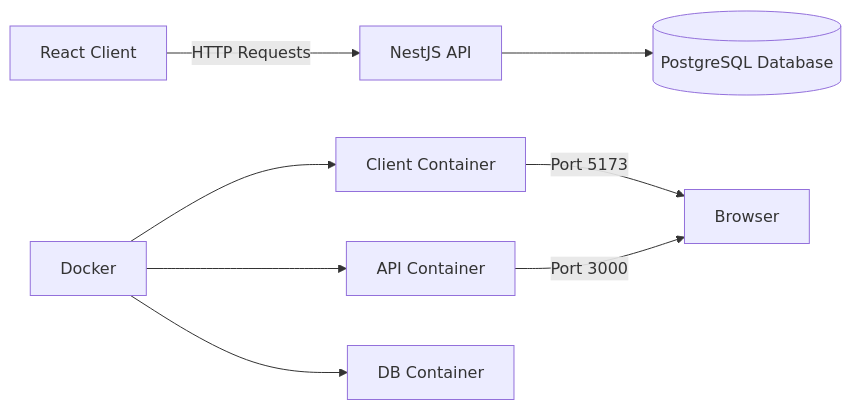
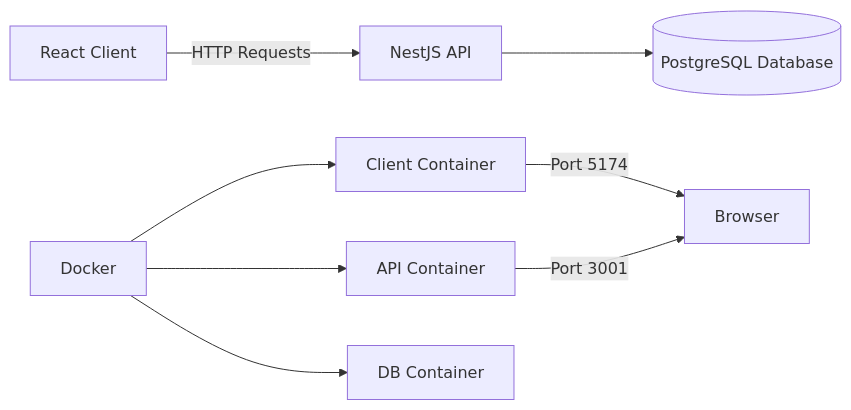
The diagram in README.md (IamSAL/docXtractor), drawn with Mermaid before and after one commit. The commit also changed other lines of this file and 12 other files, not shown here.

````diff
--- a/README.md
+++ b/README.md
@@ -19,10 +19,10 @@
 ```mermaid
 graph LR
     A[React Client] -->|HTTP Requests| B[NestJS API]
     B --> C[(PostgreSQL Database)]
     D[Docker] --> E[Client Container]
     D --> F[API Container]
     D --> G[DB Container]
-    E -->|Port 5173| H[Browser]
-    F -->|Port 3000| H
+    E -->|Port 5174| H[Browser]
+    F -->|Port 3001| H
 ```
````
